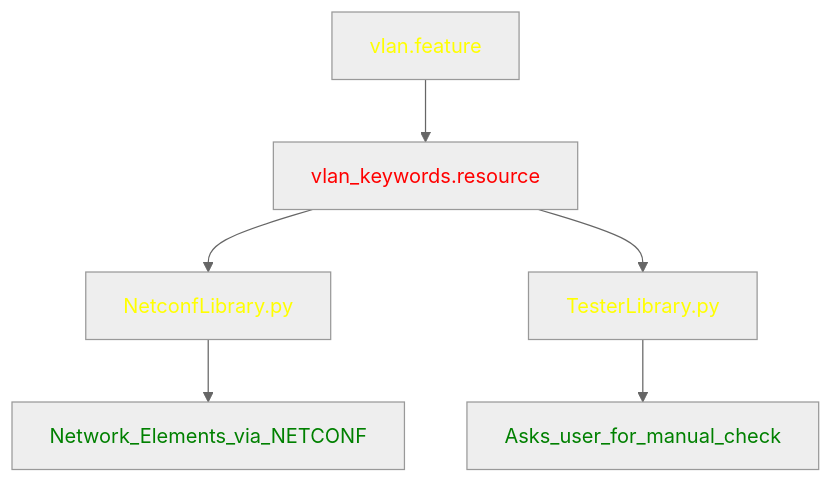
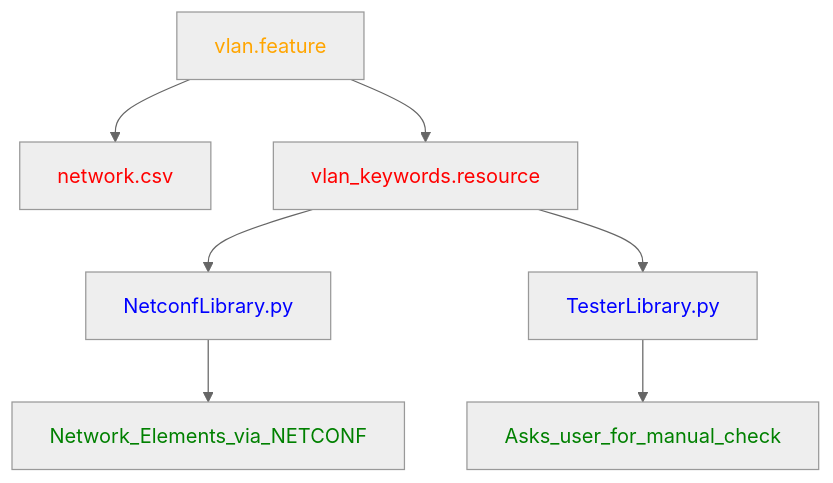
Before and after one commit to jrebiffe/plugtest: the diagram in README.md, drawn with Mermaid (neutral theme). The commit also changed other lines of this file, not shown here.

Commit message:
fix: update mermaid graph in README.md

````diff
--- a/README.md
+++ b/README.md
@@ -28,18 +31,19 @@
 ```mermaid
-graph TD;
+graph TD
+    vlan.feature --> network.csv
     vlan.feature --> vlan_keywords.resource
     vlan_keywords.resource --> NetconfLibrary.py
     vlan_keywords.resource --> TesterLibrary.py
     NetconfLibrary.py --> Network_Elements_via_NETCONF
     TesterLibrary.py --> Asks_user_for_manual_check
 
     class vlan.feature feature
     class network.csv,vlan_keywords.resource resource
-    class NetconfLibrary.py,TesterLibrary.py feature
+    class NetconfLibrary.py,TesterLibrary.py python
     class Network_Elements_via_NETCONF,Asks_user_for_manual_check action
 
-    classDef feature color:yellow
+    classDef feature color:orange
     classDef resource color:red
     classDef python color:blue
     classDef action color:green
 ```
````
